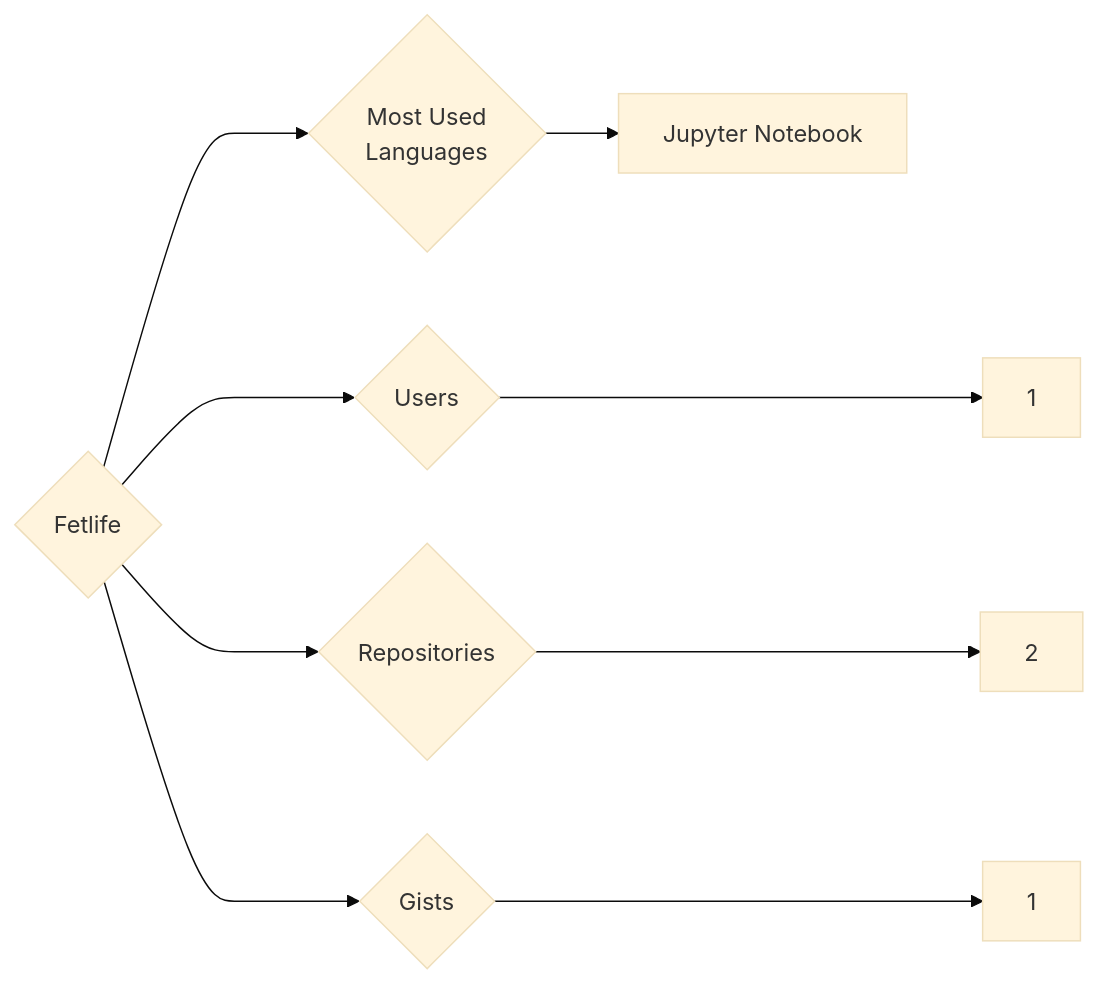
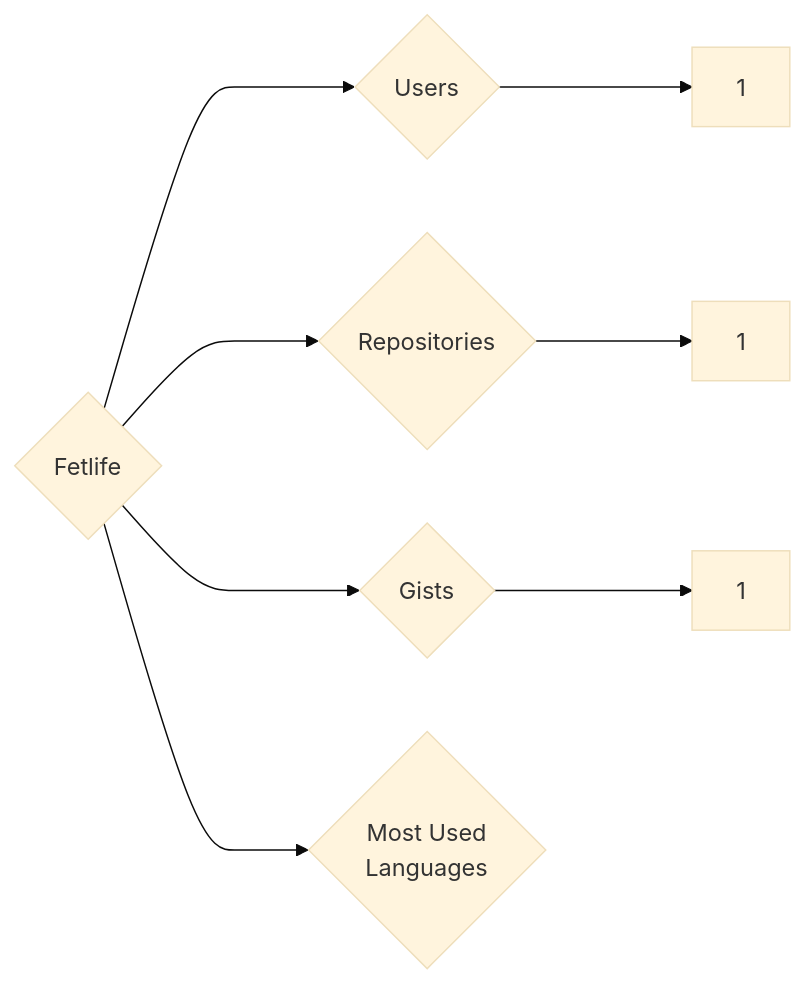
Before and after one commit to trickest/insiders: the diagram in targets/Fetlife/README.md, drawn with Mermaid (base theme). The commit also changed 1036 other files, not shown here.

````diff
--- a/targets/Fetlife/README.md
+++ b/targets/Fetlife/README.md
@@ -3,9 +3,8 @@
 ```mermaid
 graph LR
 COMPANY_NAME{Fetlife}
 COMPANY_NAME ---> U{Users} ---> UN[1]
-COMPANY_NAME ---> R{Repositories} ---> RN[2]
+COMPANY_NAME ---> R{Repositories} ---> RN[1]
 COMPANY_NAME ---> G{Gists} ---> GN[1]
 COMPANY_NAME ---> ML{Most Used<br>Languages}
-ML --> Jupyter_Notebook[Jupyter Notebook]
 ```
````
